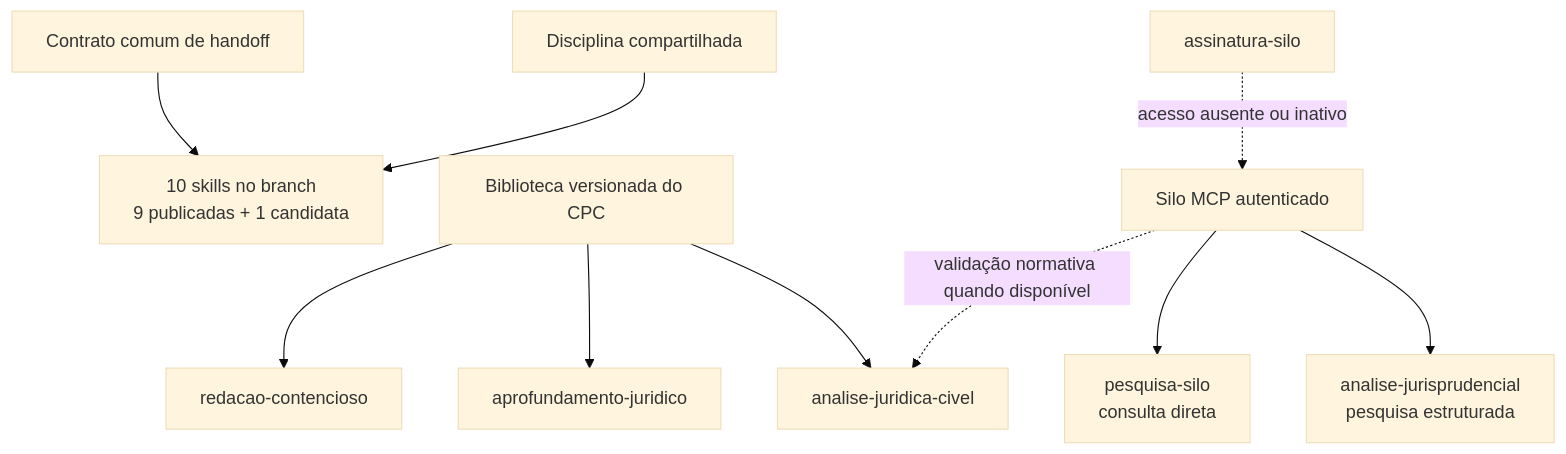
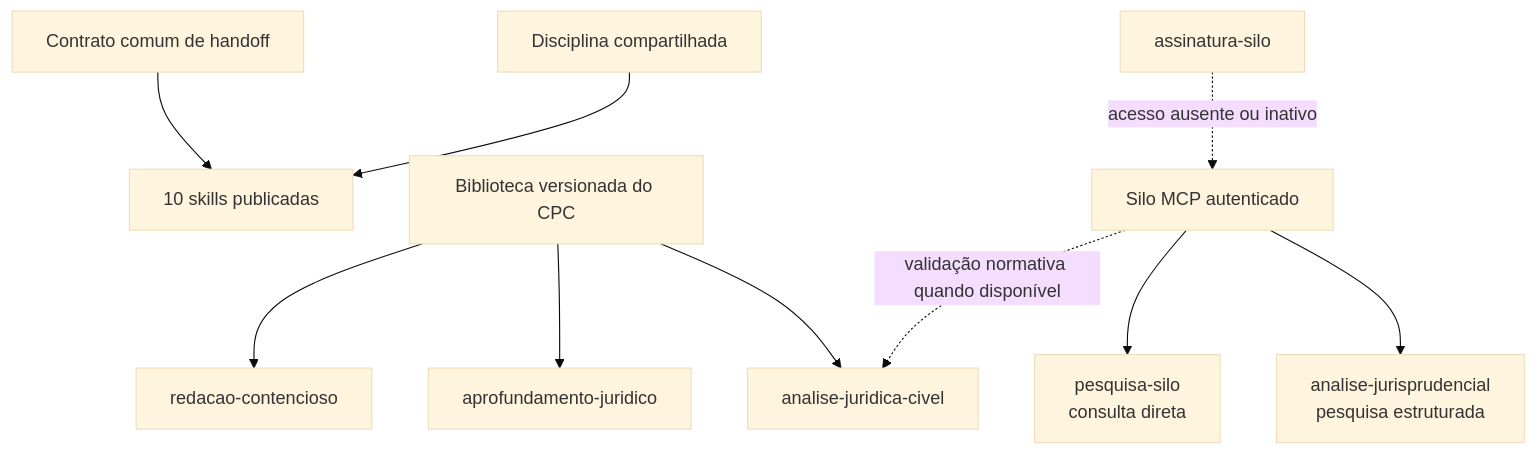
Before and after one commit to sensdiego/codigo-aberto: the fifth of 20 diagrams in references/mapa-visual-skills-modulos.md, drawn with Mermaid (base theme). The commit also changed other lines of this file and 2 other files, not shown here.

````diff
--- a/references/mapa-visual-skills-modulos.md
+++ b/references/mapa-visual-skills-modulos.md
@@ -114,13 +114,13 @@
 ```mermaid
 flowchart TB
-    DISC["Disciplina compartilhada"] --> SK["10 skills no branch<br/>9 publicadas + 1 candidata"]
+    DISC["Disciplina compartilhada"] --> SK["10 skills publicadas"]
     HAND["Contrato comum de handoff"] --> SK
     CPC["Biblioteca versionada do CPC"] --> ADJ["analise-juridica-civel"]
     CPC --> APROF["aprofundamento-juridico"]
     CPC --> RCONT["redacao-contencioso"]
 
     SILO["Silo MCP autenticado"] --> AJUR["analise-jurisprudencial<br/>pesquisa estruturada"]
     SILO --> PESQ["pesquisa-silo<br/>consulta direta"]
     SILO -. "validação normativa quando disponível" .-> ADJ
     ASS["assinatura-silo"] -. "acesso ausente ou inativo" .-> SILO
 ```
````
